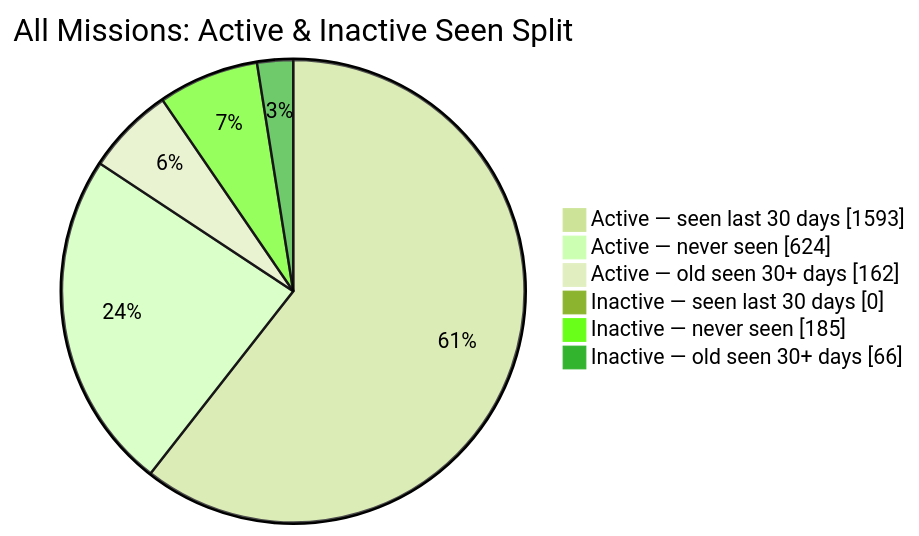
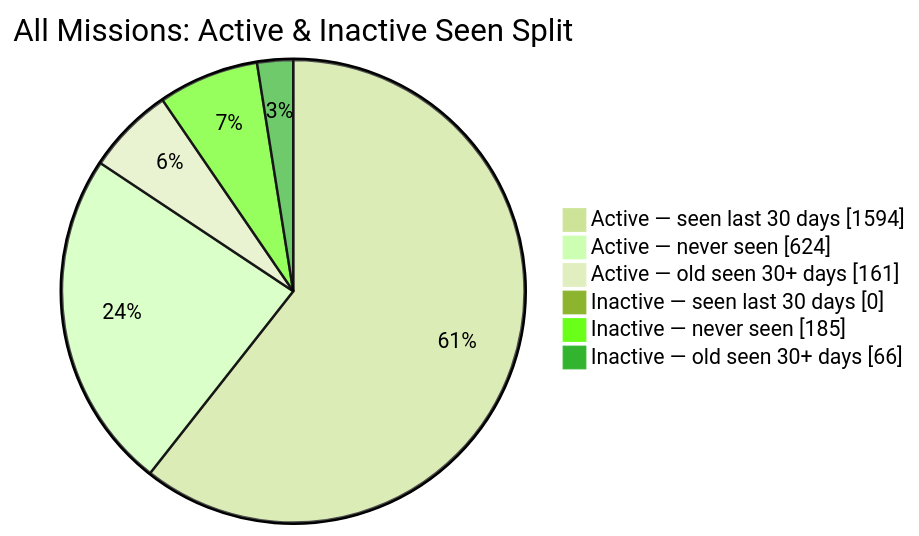
One commit to MeldkamerspelGameTeam/active-missions changed the second of 2 diagrams in README.md. Above: the diagram before and after it, drawn with Mermaid (forest theme). The commit also changed other lines of this file and 2 other files, not shown here.

````diff
--- a/README.md
+++ b/README.md
@@ -44,10 +44,10 @@
 ```mermaid
 pie showData
     title All Missions: Active & Inactive Seen Split
-    "Active — seen last 30 days" : 1593
+    "Active — seen last 30 days" : 1594
     "Active — never seen" : 624
-    "Active — old seen 30+ days" : 162
+    "Active — old seen 30+ days" : 161
     "Inactive — seen last 30 days" : 0
     "Inactive — never seen" : 185
     "Inactive — old seen 30+ days" : 66
 ```
````
